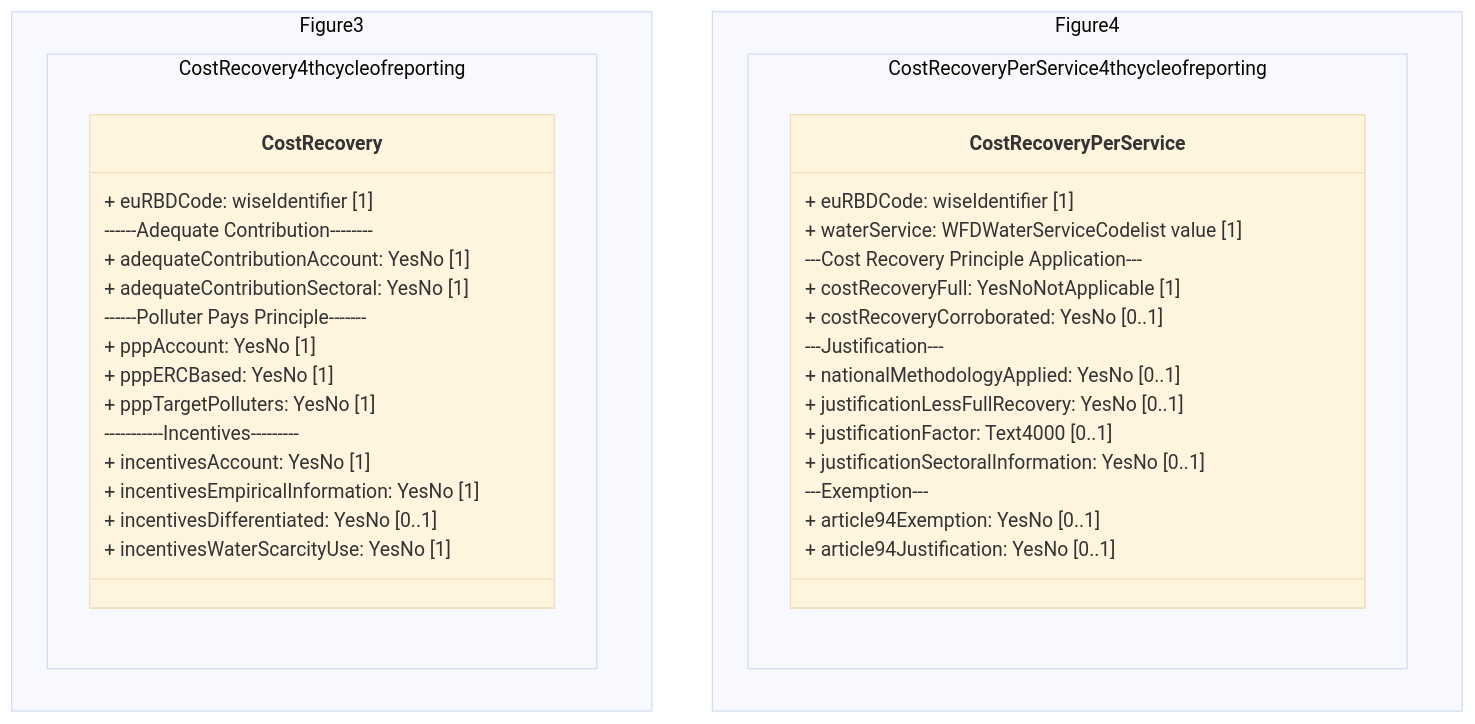
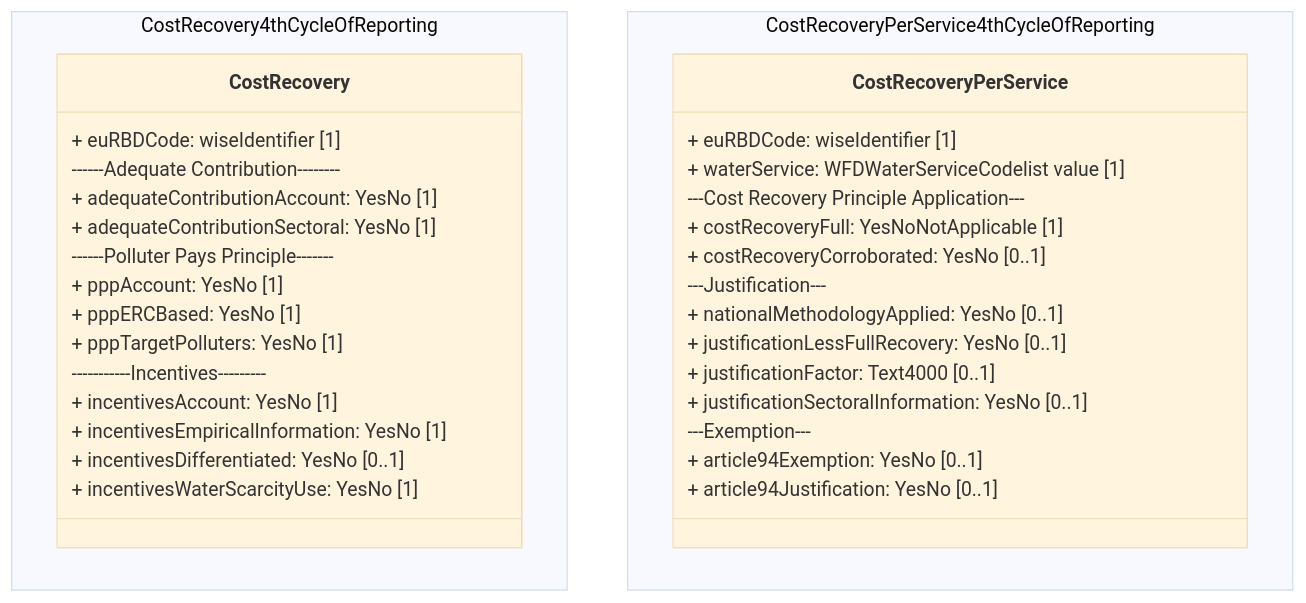
The diagram in docs/DataModelReview/mmd/Figure3EconomicAnalysis.mmd (eeadata/WISE.WFD.Documentation), drawn with Mermaid (base theme) before and after one commit. The commit also changed 1 other file, not shown here.

Commit message:
Fix two mermaid diagrams

```diff
--- a/docs/DataModelReview/mmd/Figure3EconomicAnalysis.mmd
+++ b/docs/DataModelReview/mmd/Figure3EconomicAnalysis.mmd
@@ -1,45 +1,45 @@
 classDiagram
     direction TB
 
-    namespace Figure 3.CostRecovery4thcycleofreporting{
+    namespace CostRecovery4thCycleOfReporting{
         class CostRecovery {
             + euRBDCode: wiseIdentifier [1]
 
             ------Adequate Contribution--------
             + adequateContributionAccount: YesNo [1]
             + adequateContributionSectoral: YesNo [1]
 
             ------Polluter Pays Principle-------
             + pppAccount: YesNo [1]
             + pppERCBased: YesNo [1]
             + pppTargetPolluters: YesNo [1]
 
             -----------Incentives---------
             + incentivesAccount: YesNo [1]
             + incentivesEmpiricalInformation: YesNo [1]
             + incentivesDifferentiated: YesNo [0..1]
             + incentivesWaterScarcityUse: YesNo [1]
         }
     }
 
-    namespace Figure 4. CostRecoveryPerService 4th cycle of reporting{
+    namespace CostRecoveryPerService4thCycleOfReporting{
         class CostRecoveryPerService {
             + euRBDCode: wiseIdentifier [1]
             + waterService: WFDWaterServiceCodelist value [1]
 
             ---Cost Recovery Principle Application---
 
             + costRecoveryFull: YesNoNotApplicable [1]
             + costRecoveryCorroborated: YesNo [0..1]
 
             ---Justification---
             + nationalMethodologyApplied: YesNo [0..1]
             + justificationLessFullRecovery: YesNo [0..1]
             + justificationFactor: Text4000 [0..1]
             + justificationSectoralInformation: YesNo [0..1]
 
             ---Exemption---
             + article94Exemption: YesNo [0..1]
             + article94Justification: YesNo [0..1]
         }
     }
```
